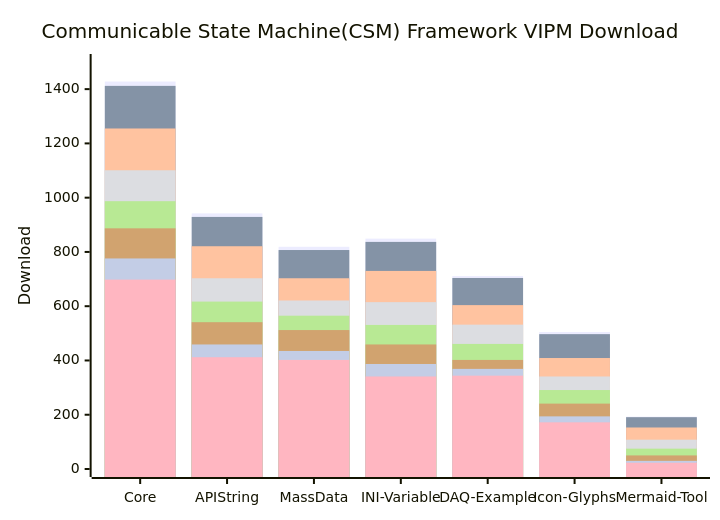
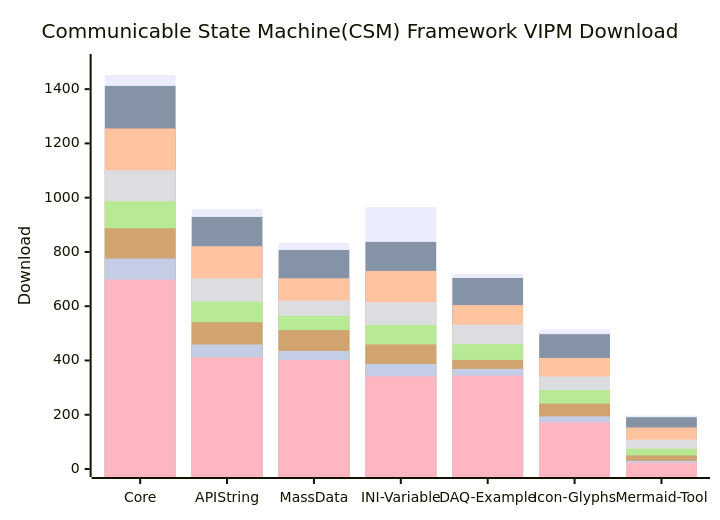
One commit to NEVSTOP-LAB/.github changed the diagram in profile/README.md. Above: the diagram before and after it, drawn with Mermaid.

````diff
--- a/profile/README.md
+++ b/profile/README.md
@@ -31,14 +31,14 @@
 ```mermaid
     xychart-beta
     title "Communicable State Machine(CSM) Framework VIPM Download"
     x-axis [Core, API String, MassData, INI-Variable, DAQ-Example, Icon-Glyphs, Mermaid-Tool]
     y-axis "Download" 0 --> 1500
-    bar   [1428, 942, 819, 849, 711, 505, 193]
+    bar   [1452, 958, 834, 965, 719, 514, 197]
     bar   [1412, 929, 807, 837, 704, 497, 191]
     bar   [1255, 821, 703, 730, 604, 409, 153]
     bar   [1101, 703, 621, 615, 532, 341, 108]
     bar   [987, 617, 565, 531, 461, 291, 75]
     bar   [887, 541, 512, 459, 402, 241, 50]
     bar   [776, 459, 435, 387, 369, 194, 30]
     bar   [698, 412, 402, 341, 344, 172, 23]
 ```
````
